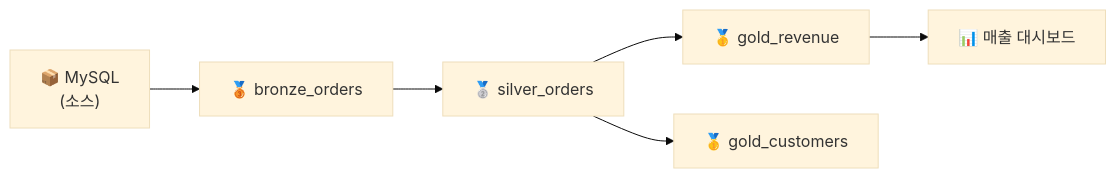
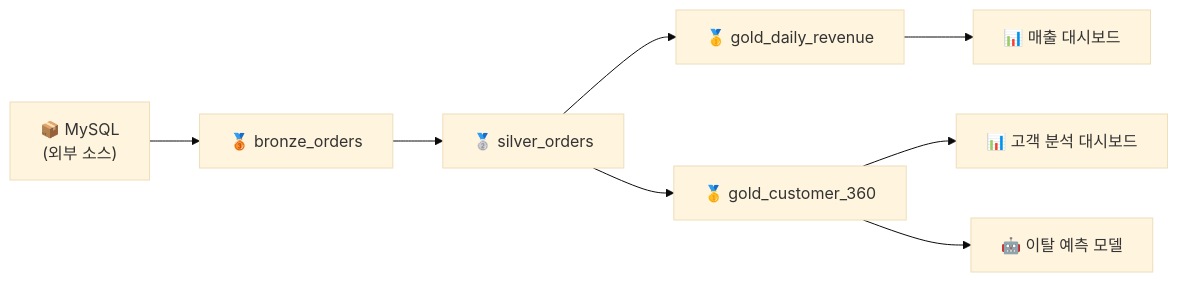
One commit to SimyungYang/simyung-dbx-training changed the diagram in 07-unity-catalog/data-lineage.md. Above: the diagram before and after it, drawn with Mermaid (base theme). The commit also changed other lines of this file and 2 other files, not shown here.

````diff
--- a/07-unity-catalog/data-lineage.md
+++ b/07-unity-catalog/data-lineage.md
@@ -13,8 +27,10 @@
 ```mermaid
 graph LR
-    S["📦 MySQL<br/>(소스)"] --> B["🥉 bronze_orders"]
+    S["📦 MySQL<br/>(외부 소스)"] --> B["🥉 bronze_orders"]
     B --> Si["🥈 silver_orders"]
-    Si --> G1["🥇 gold_revenue"]
-    Si --> G2["🥇 gold_customers"]
-    G1 --> D["📊 매출 대시보드"]
+    Si --> G1["🥇 gold_daily_revenue"]
+    Si --> G2["🥇 gold_customer_360"]
+    G1 --> D1["📊 매출 대시보드"]
+    G2 --> D2["📊 고객 분석 대시보드"]
+    G2 --> M1["🤖 이탈 예측 모델"]
 ```
````
